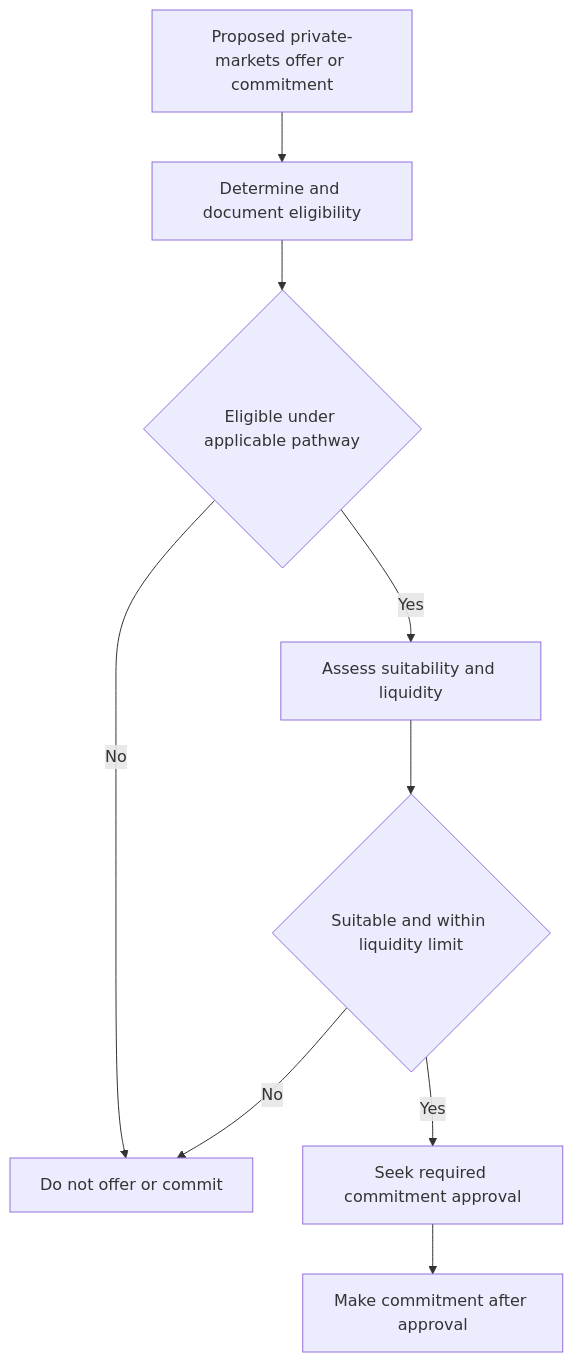
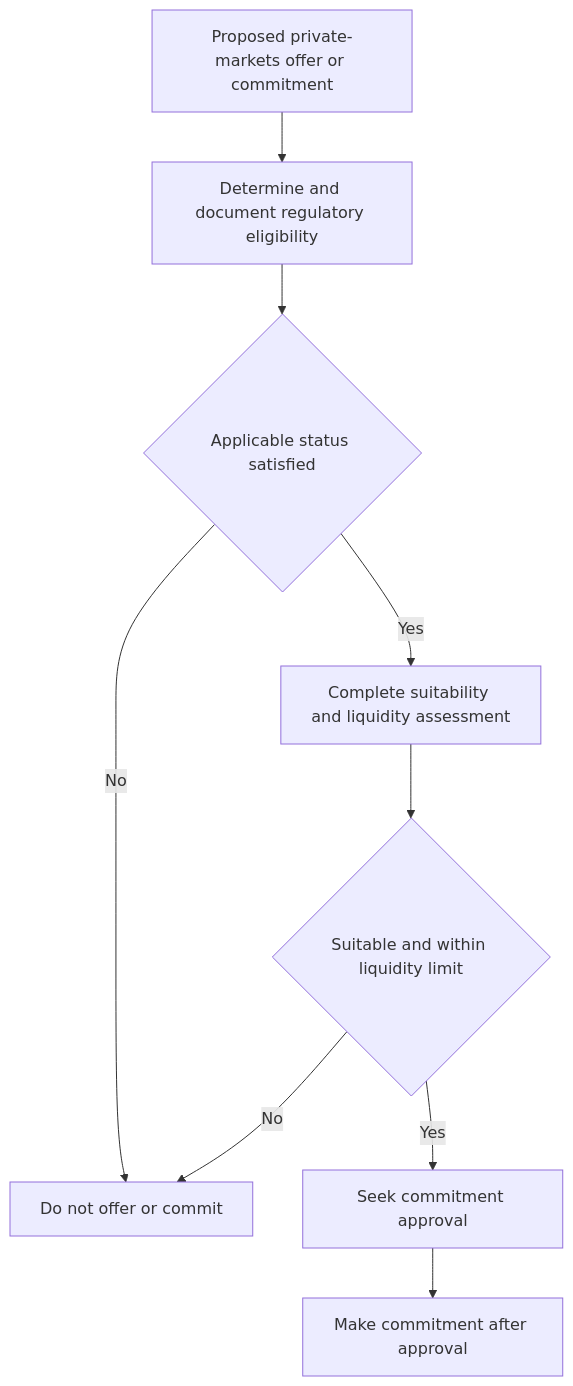
One commit to xuro-langchain/wealth-research-corpus changed the diagram in openwiki/guidance/suitability/private-markets-eligibility.md. Above: the diagram before and after it, drawn with Mermaid. The commit also changed other lines of this file and 43 other files, not shown here.

````diff
--- a/openwiki/guidance/suitability/private-markets-eligibility.md
+++ b/openwiki/guidance/suitability/private-markets-eligibility.md
@@ -33,11 +40,11 @@
 ```mermaid
 flowchart TD
-    Start["Proposed private-markets offer or commitment"] --> Determine["Determine and document eligibility"]
-    Determine --> Eligible{"Eligible under applicable pathway"}
-    Eligible -->|"No"| Stop["Do not offer or commit"]
-    Eligible -->|"Yes"| Suitability["Assess suitability and liquidity"]
-    Suitability --> Appropriate{"Suitable and within liquidity limit"}
-    Appropriate -->|"No"| Stop
-    Appropriate -->|"Yes"| Approval["Seek required commitment approval"]
-    Approval --> Commit["Make commitment after approval"]
+    Proposal["Proposed private-markets offer or commitment"] --> Eligibility["Determine and document regulatory eligibility"]
+    Eligibility --> Eligible{"Applicable status satisfied"}
+    Eligible -->|"No"| Reject["Do not offer or commit"]
+    Eligible -->|"Yes"| Assess["Complete suitability and liquidity assessment"]
+    Assess --> Suitable{"Suitable and within liquidity limit"}
+    Suitable -->|"No"| Reject
+    Suitable -->|"Yes"| Approve["Seek commitment approval"]
+    Approve --> Commit["Make commitment after approval"]
 ```
````
